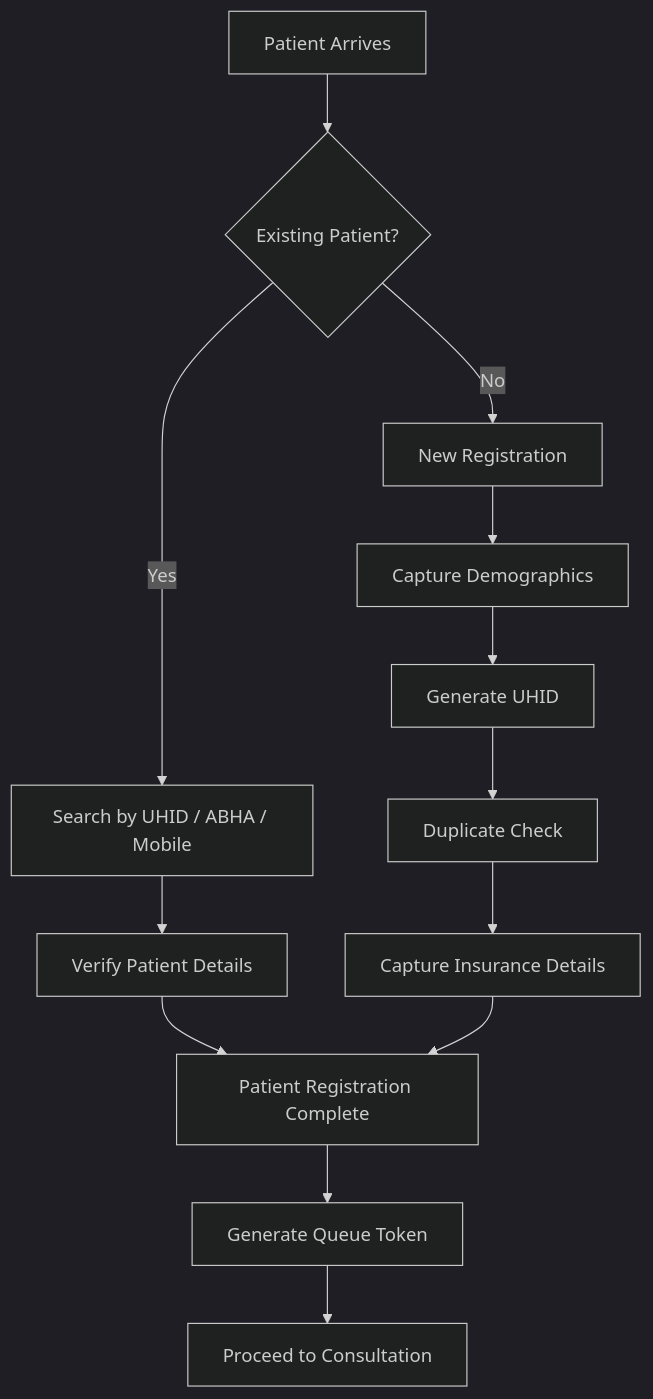
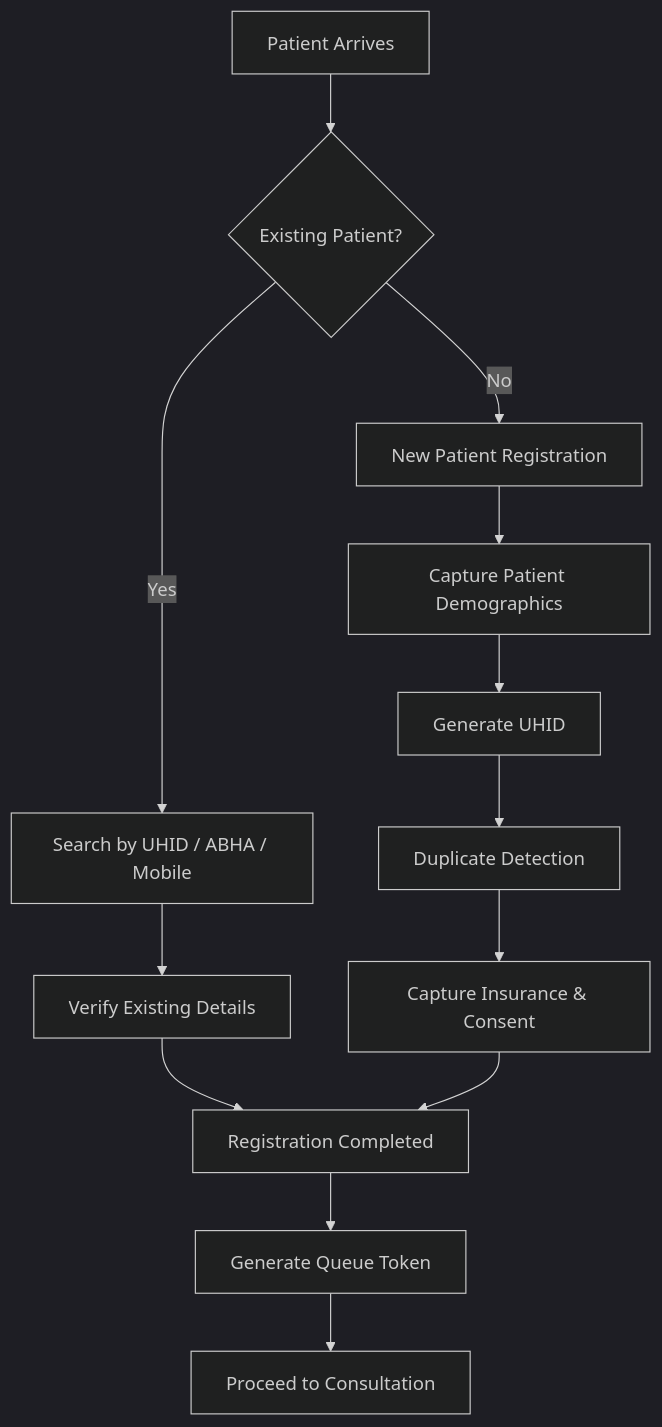
One commit to Parignapv/patient-registration-m1 changed the diagram in README.md. Above: the diagram before and after it, drawn with Mermaid (dark theme). The commit also changed other lines of this file, not shown here.

````diff
--- a/README.md
+++ b/README.md
@@ -9,21 +75,27 @@
 ```mermaid
 flowchart TD
 
 A[Patient Arrives] --> B{Existing Patient?}
 
-B -- Yes --> C[Search by UHID / ABHA / Mobile]
-B -- No --> D[New Registration]
+B -->|Yes| C[Search by UHID / ABHA / Mobile]
 
-C --> E[Verify Patient Details]
+B -->|No| D[New Patient Registration]
 
-D --> F[Capture Demographics]
+C --> E[Verify Existing Details]
+
+D --> F[Capture Patient Demographics]
+
 F --> G[Generate UHID]
-G --> H[Duplicate Check]
-H --> I[Capture Insurance Details]
 
-E --> J[Patient Registration Complete]
+G --> H[Duplicate Detection]
+
+H --> I[Capture Insurance & Consent]
+
+E --> J[Registration Completed]
+
 I --> J
 
 J --> K[Generate Queue Token]
+
 K --> L[Proceed to Consultation]
 ```
````
